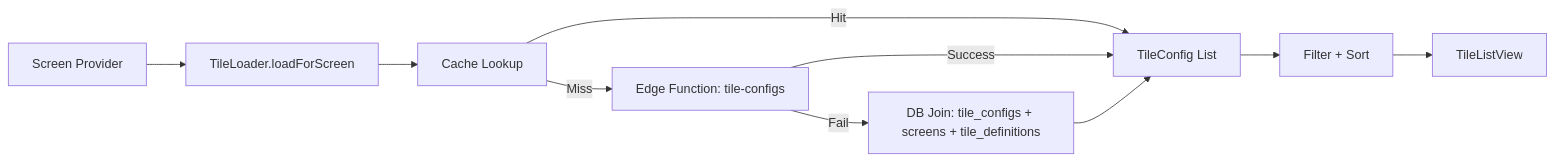
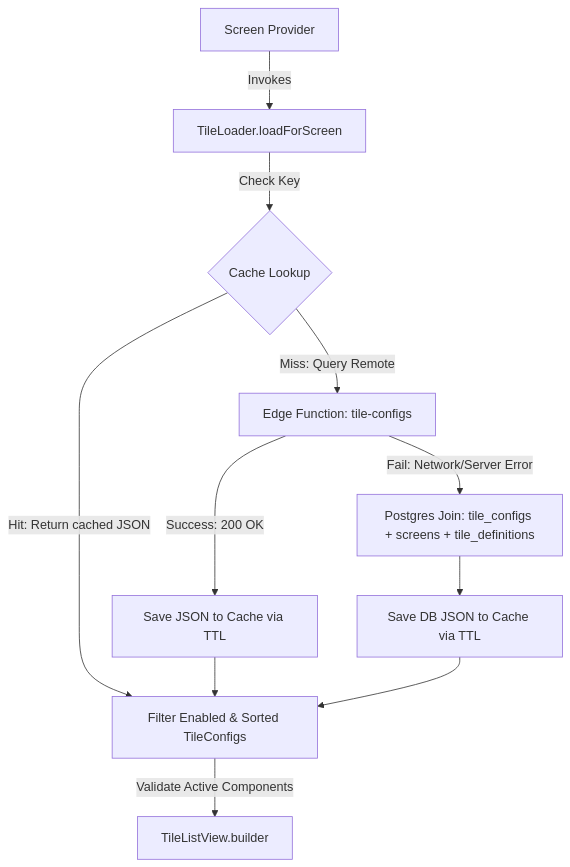
Before and after one commit to dipan0saha/nonna_app: the fourth of 7 diagrams in docs/99_master_reference_docs/Nonna_App_Architecture_Diagrams.md, drawn with Mermaid. The commit also changed other lines of this file and 5 other files, not shown here.

````diff
--- a/docs/99_master_reference_docs/Nonna_App_Architecture_Diagrams.md
+++ b/docs/99_master_reference_docs/Nonna_App_Architecture_Diagrams.md
@@ -109,12 +157,17 @@
 ```mermaid
-flowchart LR
-  Screen[Screen Provider] --> Loader[TileLoader.loadForScreen]
-  Loader --> Cache[Cache Lookup]
-  Cache -->|Hit| Tiles[TileConfig List]
-  Cache -->|Miss| Edge[Edge Function: tile-configs]
-  Edge -->|Success| Tiles
-  Edge -->|Fail| DBJoin[DB Join: tile_configs + screens + tile_definitions]
-  DBJoin --> Tiles
-  Tiles --> Filter[Filter + Sort]
-  Filter --> UI[TileListView]
+flowchart TD
+  Screen[Screen Provider] -->|Invokes| Loader[TileLoader.loadForScreen]
+  Loader -->|Check Key| Cache{Cache Lookup}
+  
+  Cache -->|Hit: Return cached JSON| Filter[Filter Enabled & Sorted TileConfigs]
+  Cache -->|Miss: Query Remote| Edge[Edge Function: tile-configs]
+  
+  Edge -->|Success: 200 OK| CacheSave[Save JSON to Cache via TTL]
+  CacheSave --> Filter
+  
+  Edge -->|Fail: Network/Server Error| DBJoin[Postgres Join: tile_configs + screens + tile_definitions]
+  DBJoin --> CacheSave2[Save DB JSON to Cache via TTL]
+  CacheSave2 --> Filter
+  
+  Filter -->|Validate Active Components| UI[TileListView.builder]
 ```
````
